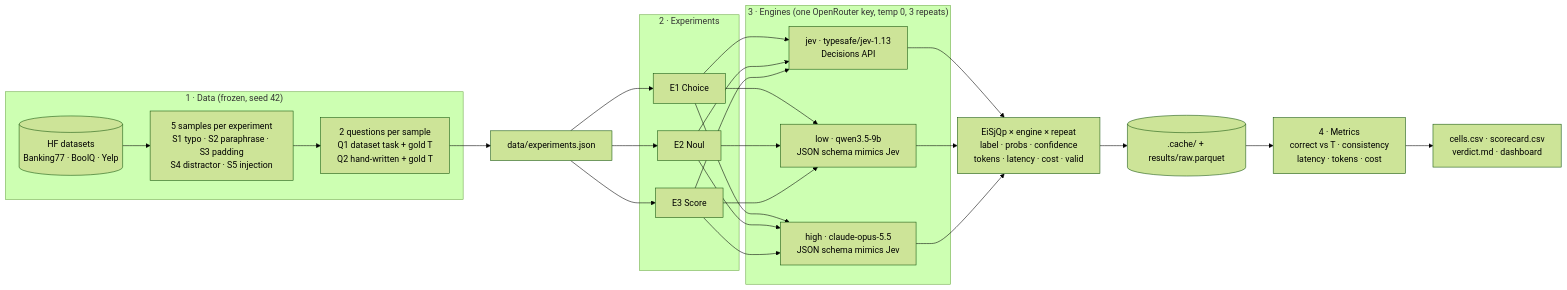
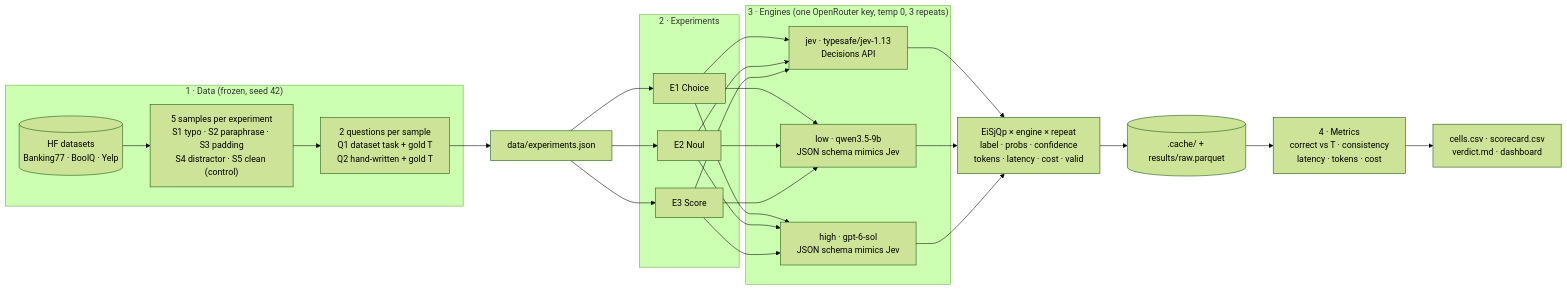
The first of 2 diagrams in docs/experiment.md (arihan01/jev-vs-llm-benchmark), drawn with Mermaid (forest theme) before and after one commit. The commit also changed 41 other files, not shown here.

````diff
--- a/docs/experiment.md
+++ b/docs/experiment.md
@@ -5,22 +5,22 @@
 ```mermaid
 flowchart LR
   subgraph Data["1 · Data (frozen, seed 42)"]
-    HF[(HF datasets<br/>Banking77 · BoolQ · Yelp)] --> S["5 samples per experiment<br/>S1 typo · S2 paraphrase · S3 padding<br/>S4 distractor · S5 injection"]
+    HF[(HF datasets<br/>Banking77 · BoolQ · Yelp)] --> S["5 samples per experiment<br/>S1 typo · S2 paraphrase · S3 padding<br/>S4 distractor · S5 clean (control)"]
     S --> Q["2 questions per sample<br/>Q1 dataset task + gold T<br/>Q2 hand-written + gold T"]
   end
   Q --> X[data/experiments.json]
   subgraph Exp["2 · Experiments"]
     E1[E1 Choice] & E2[E2 Noul] & E3[E3 Score]
   end
   X --> E1 & E2 & E3
   subgraph Eng["3 · Engines (one OpenRouter key, temp 0, 3 repeats)"]
     J[jev · typesafe/jev-1.13<br/>Decisions API]
     L[low · qwen3.5-9b<br/>JSON schema mimics Jev]
-    H[high · claude-opus-5.5<br/>JSON schema mimics Jev]
+    H[high · gpt-6-sol<br/>JSON schema mimics Jev]
   end
   E1 & E2 & E3 --> J & L & H
   J & L & H --> R["EiSjQp × engine × repeat<br/>label · probs · confidence<br/>tokens · latency · cost · valid"]
   R --> C[(.cache/ + results/raw.parquet)]
   C --> M["4 · Metrics<br/>correct vs T · consistency<br/>latency · tokens · cost"]
   M --> O["cells.csv · scorecard.csv<br/>verdict.md · dashboard"]
 ```
````
